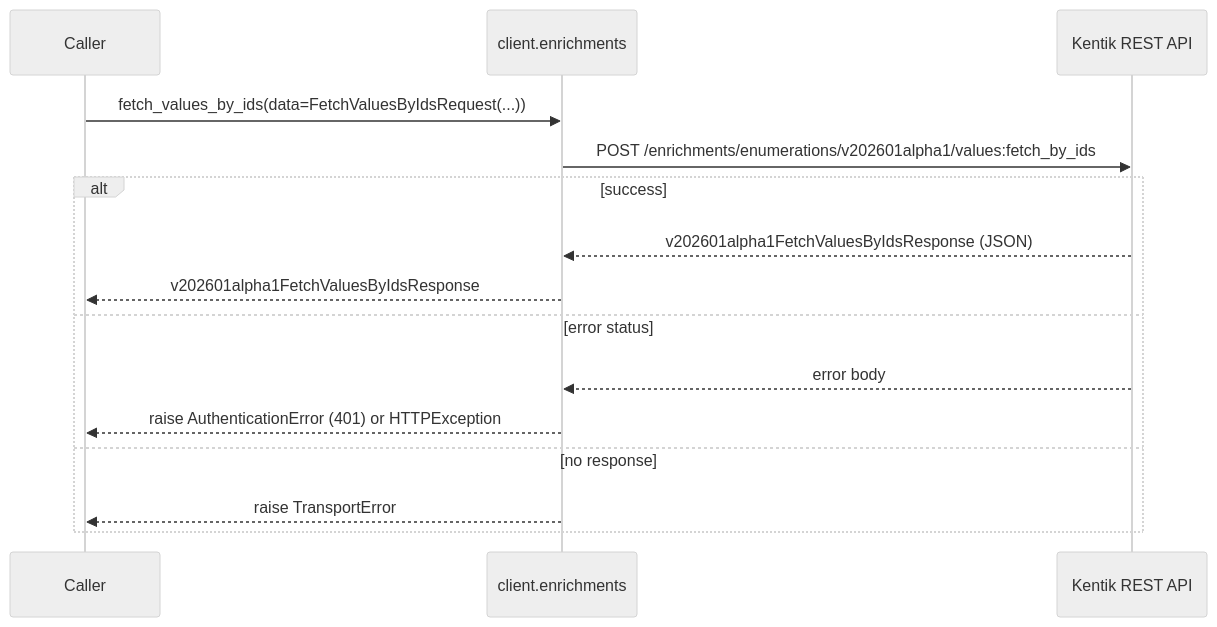
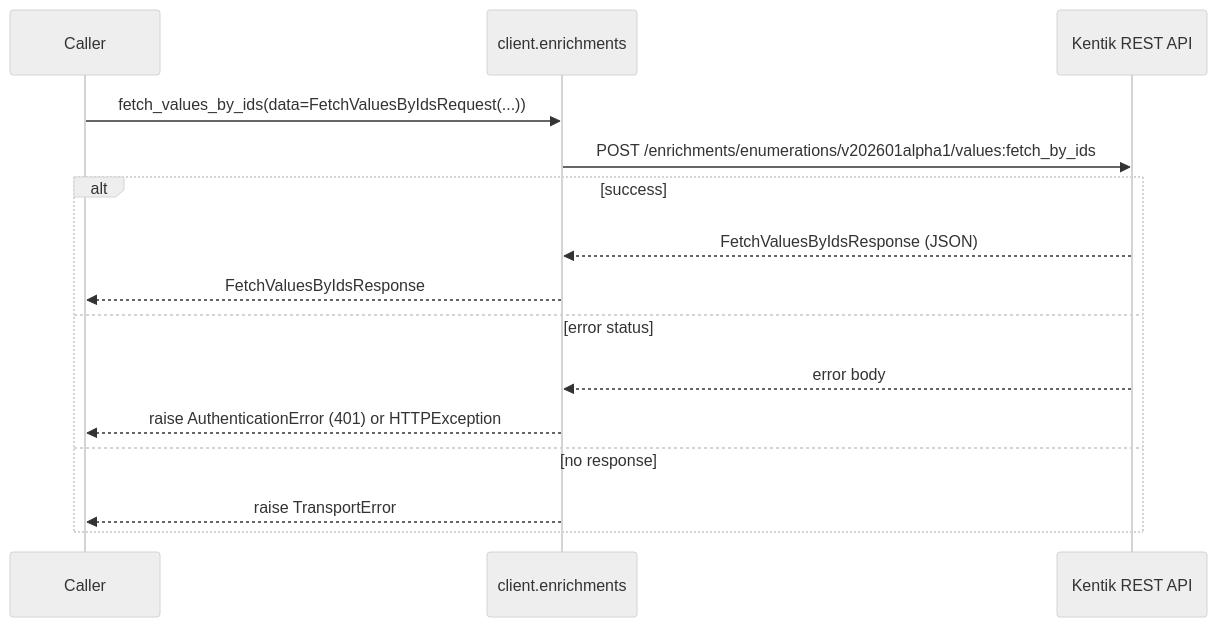
The second of 4 diagrams in docs/sphinx/services/enrichments.md (alexdearaujo/community_sdk_python), drawn with Mermaid (neutral theme) before and after one commit. The commit also changed other lines of this file and 38 other files, not shown here.

````diff
--- a/docs/sphinx/services/enrichments.md
+++ b/docs/sphinx/services/enrichments.md
@@ -38,18 +38,18 @@
 ```mermaid
 sequenceDiagram
     participant C as Caller
     participant W as client.enrichments
     participant API as Kentik REST API
 
     C->>W: fetch_values_by_ids(data=FetchValuesByIdsRequest(...))
     W->>API: POST /enrichments/enumerations/v202601alpha1/values:fetch_by_ids
     alt success
-        API-->>W: v202601alpha1FetchValuesByIdsResponse (JSON)
-        W-->>C: v202601alpha1FetchValuesByIdsResponse
+        API-->>W: FetchValuesByIdsResponse (JSON)
+        W-->>C: FetchValuesByIdsResponse
     else error status
         API-->>W: error body
         W-->>C: raise AuthenticationError (401) or HTTPException
     else no response
         W-->>C: raise TransportError
     end
 ```
````
